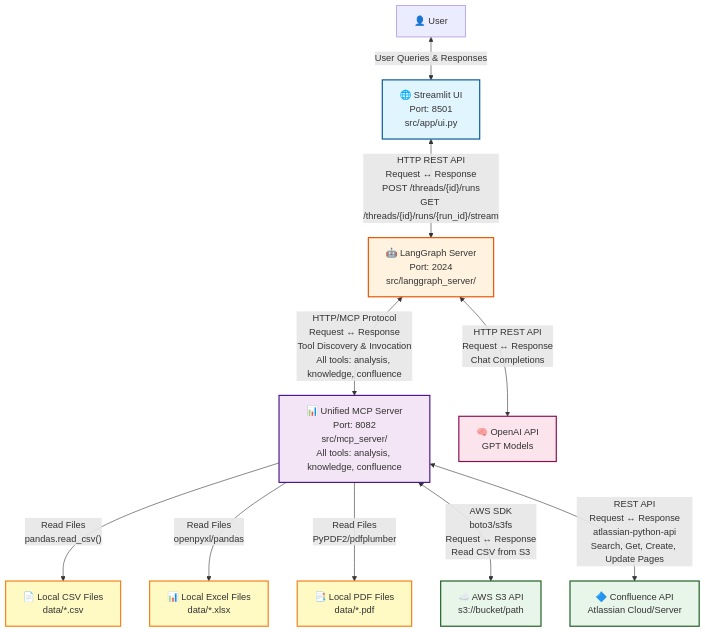
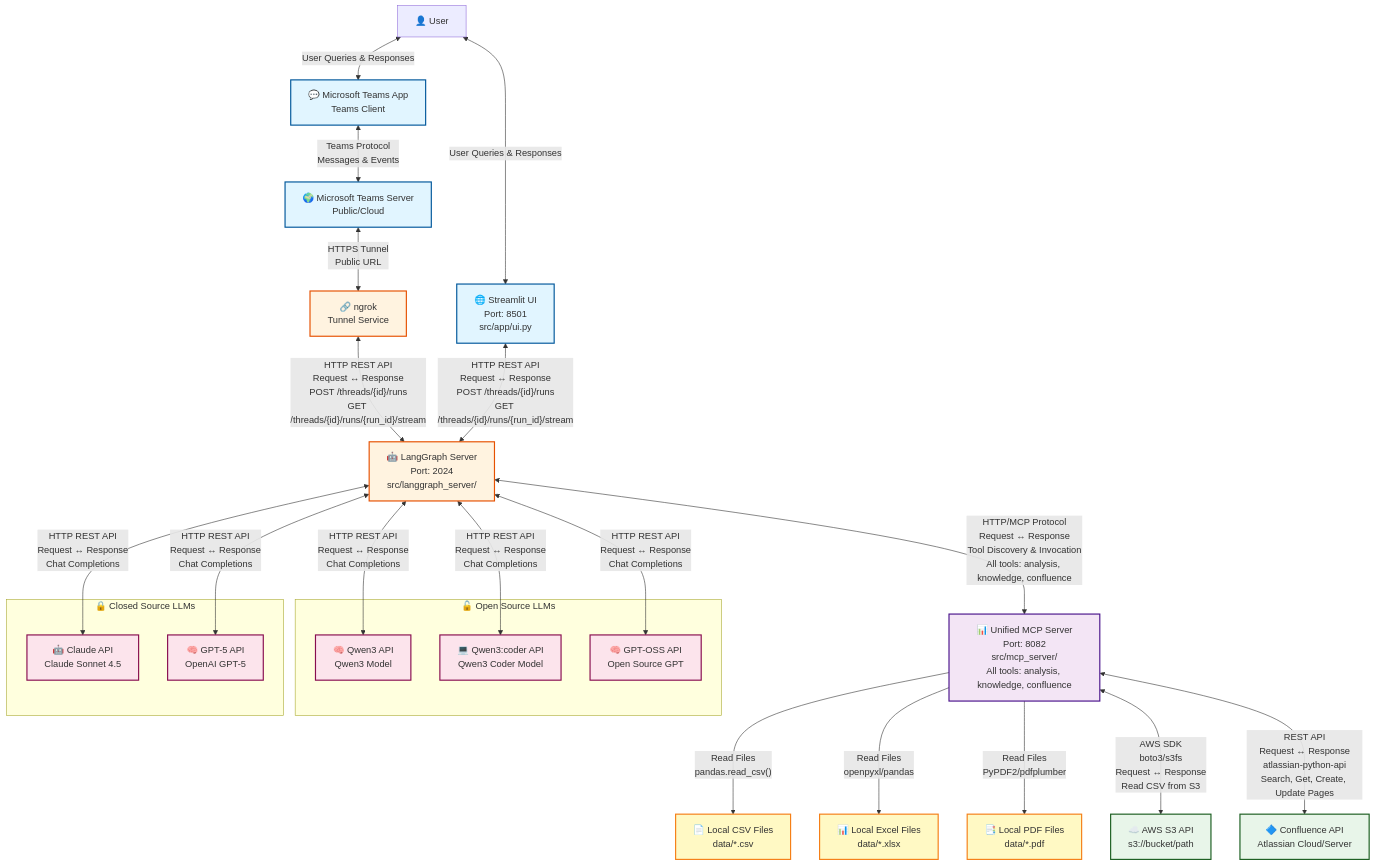
The diagram in architecture_diagram.md (tatsu432/data-analysis-agent), drawn with Mermaid before and after one commit. The commit also changed other lines of this file and 4 other files, not shown here.

````diff
--- a/architecture_diagram.md
+++ b/architecture_diagram.md
@@ -5,56 +5,81 @@
 ```mermaid
 graph TB
     %% User Interface Layer
     User[👤 User]
     Streamlit[🌐 Streamlit UI<br/>Port: 8501<br/>src/app/ui.py]
+    Teams[💬 Microsoft Teams App<br/>Teams Client]
+    TeamsServer[🌍 Microsoft Teams Server<br/>Public/Cloud]
+    Ngrok[🔗 ngrok<br/>Tunnel Service]
     
     %% Core Agent Layer
     LangGraph[🤖 LangGraph Server<br/>Port: 2024<br/>src/langgraph_server/]
     
     %% Unified MCP Server Layer
     UnifiedMCP[📊 Unified MCP Server<br/>Port: 8082<br/>src/mcp_server/<br/>All tools: analysis, knowledge, confluence]
     
     %% External APIs
     ConfluenceAPI[🔷 Confluence API<br/>Atlassian Cloud/Server]
     AWSS3[☁️ AWS S3 API<br/>s3://bucket/path]
     
     %% Data Sources
     LocalCSV[📄 Local CSV Files<br/>data/*.csv]
     LocalExcel[📊 Local Excel Files<br/>data/*.xlsx]
     LocalPDF[📑 Local PDF Files<br/>data/*.pdf]
     
-    %% LLM Services
-    OpenAI[🧠 OpenAI API<br/>GPT Models]
+    %% LLM Services - Open Source
+    subgraph OpenSource["🔓 Open Source LLMs"]
+        Qwen3[🧠 Qwen3 API<br/>Qwen3 Model]
+        Qwen3Coder[💻 Qwen3:coder API<br/>Qwen3 Coder Model]
+        GPTOSS[🧠 GPT-OSS API<br/>Open Source GPT]
+    end
+    
+    %% LLM Services - Closed Source
+    subgraph ClosedSource["🔒 Closed Source LLMs"]
+        Claude[🤖 Claude API<br/>Claude Sonnet 4.5]
+        GPT5[🧠 GPT-5 API<br/>OpenAI GPT-5]
+    end
     
     %% User interactions
     User <-->|"User Queries & Responses"| Streamlit
+    User <-->|"User Queries & Responses"| Teams
     
-    %% Streamlit to LangGraph (bidirectional HTTP REST API)
+    %% Teams flow: Teams -> Teams Server -> ngrok -> LangGraph
+    Teams <-->|"Teams Protocol<br/>Messages & Events"| TeamsServer
+    TeamsServer <-->|"HTTPS Tunnel<br/>Public URL"| Ngrok
+    Ngrok <-->|"HTTP REST API<br/>Request ↔ Response<br/>POST /threads/{id}/runs<br/>GET /threads/{id}/runs/{run_id}/stream"| LangGraph
+    
+    %% UI to LangGraph (bidirectional HTTP REST API)
     Streamlit <-->|"HTTP REST API<br/>Request ↔ Response<br/>POST /threads/{id}/runs<br/>GET /threads/{id}/runs/{run_id}/stream"| LangGraph
     
     %% LangGraph connections (bidirectional MCP protocol)
     LangGraph <-->|"HTTP/MCP Protocol<br/>Request ↔ Response<br/>Tool Discovery & Invocation<br/>All tools: analysis, knowledge, confluence"| UnifiedMCP
-    LangGraph <-->|"HTTP REST API<br/>Request ↔ Response<br/>Chat Completions"| OpenAI
+    LangGraph <-->|"HTTP REST API<br/>Request ↔ Response<br/>Chat Completions"| Qwen3
+    LangGraph <-->|"HTTP REST API<br/>Request ↔ Response<br/>Chat Completions"| Qwen3Coder
+    LangGraph <-->|"HTTP REST API<br/>Request ↔ Response<br/>Chat Completions"| GPTOSS
+    LangGraph <-->|"HTTP REST API<br/>Request ↔ Response<br/>Chat Completions"| Claude
+    LangGraph <-->|"HTTP REST API<br/>Request ↔ Response<br/>Chat Completions"| GPT5
     
     %% Unified MCP Server connections
     UnifiedMCP -->|"Read Files<br/>pandas.read_csv()"| LocalCSV
     UnifiedMCP -->|"Read Files<br/>openpyxl/pandas"| LocalExcel
     UnifiedMCP -->|"Read Files<br/>PyPDF2/pdfplumber"| LocalPDF
     UnifiedMCP <-->|"AWS SDK<br/>boto3/s3fs<br/>Request ↔ Response<br/>Read CSV from S3"| AWSS3
     UnifiedMCP <-->|"REST API<br/>Request ↔ Response<br/>atlassian-python-api<br/>Search, Get, Create, Update Pages"| ConfluenceAPI
     
     %% Styling
     classDef ui fill:#e1f5ff,stroke:#01579b,stroke-width:2px
     classDef agent fill:#fff3e0,stroke:#e65100,stroke-width:2px
     classDef mcp fill:#f3e5f5,stroke:#4a148c,stroke-width:2px
     classDef api fill:#e8f5e9,stroke:#1b5e20,stroke-width:2px
     classDef data fill:#fff9c4,stroke:#f57f17,stroke-width:2px
     classDef llm fill:#fce4ec,stroke:#880e4f,stroke-width:2px
+    classDef tunnel fill:#fff3e0,stroke:#e65100,stroke-width:2px
     
-    class Streamlit ui
+    class Streamlit,Teams,TeamsServer ui
     class LangGraph agent
     class UnifiedMCP mcp
     class ConfluenceAPI,AWSS3 api
     class LocalCSV,LocalExcel,LocalPDF data
-    class OpenAI llm
+    class Qwen3,Qwen3Coder,GPTOSS,Claude,GPT5 llm
+    class Ngrok tunnel
 ```
````
